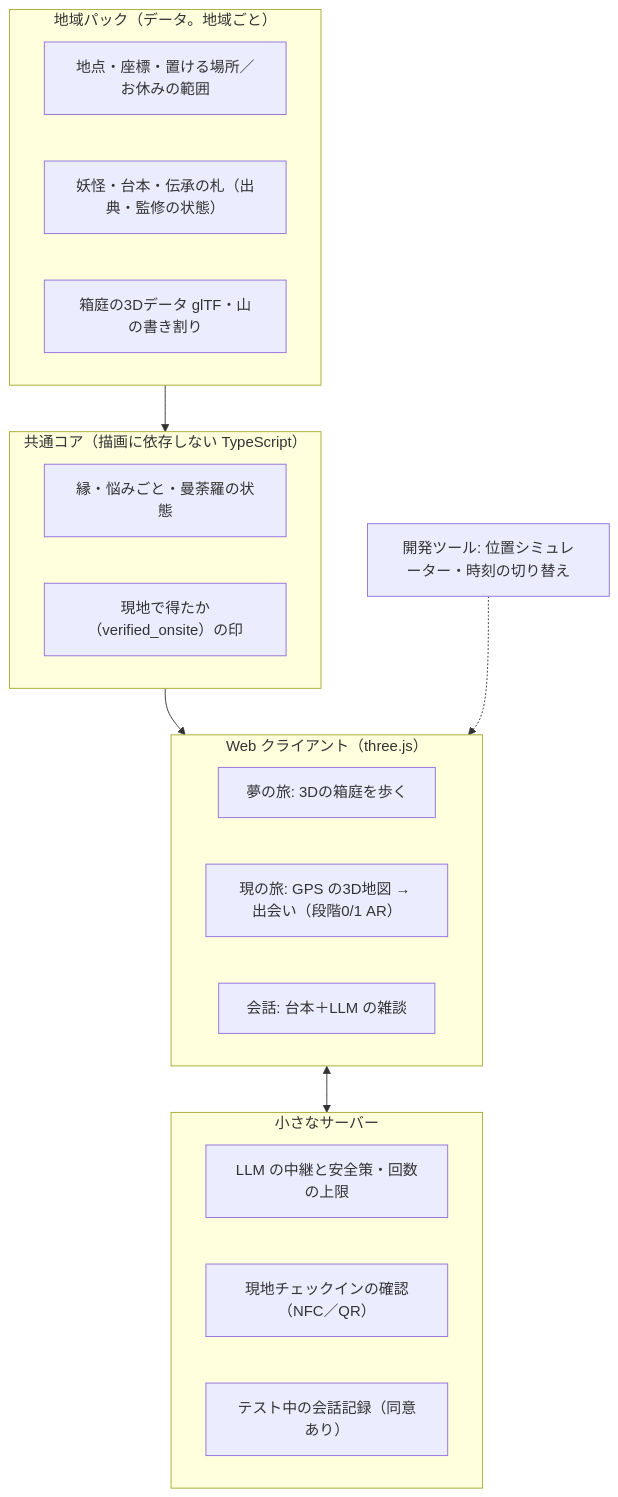
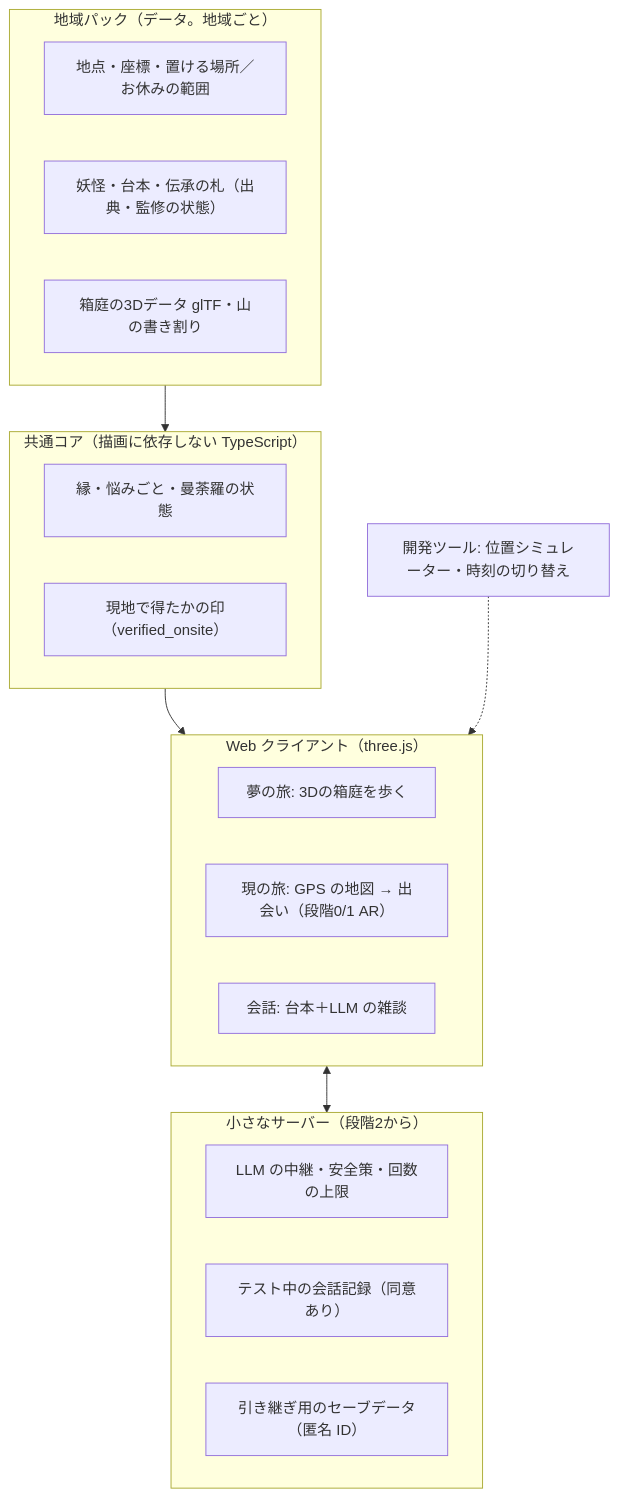
Before and after one commit to NPO-OpenCoralNetwork/ar-project: the diagram in docs/yokai-game/05-overview-and-roadmap.md, drawn with Mermaid. The commit also changed other lines of this file and 2 other files, not shown here.

First line of the commit message:
Revise overview/roadmap to v0.2 after independent review (scope, gates, schedule, doc diffs)

````diff
--- a/docs/yokai-game/05-overview-and-roadmap.md
+++ b/docs/yokai-game/05-overview-and-roadmap.md
@@ -74,26 +90,26 @@
 ```mermaid
 flowchart TB
   subgraph Pack["地域パック（データ。地域ごと）"]
     P1[地点・座標・置ける場所／お休みの範囲]
     P2[妖怪・台本・伝承の札（出典・監修の状態）]
     P3[箱庭の3Dデータ glTF・山の書き割り]
   end
   subgraph Core["共通コア（描画に依存しない TypeScript）"]
     C1[縁・悩みごと・曼荼羅の状態]
-    C2[現地で得たか（verified_onsite）の印]
+    C2[現地で得たかの印（verified_onsite）]
   end
   subgraph Client["Web クライアント（three.js）"]
     Y[夢の旅: 3Dの箱庭を歩く]
-    U[現の旅: GPS の3D地図 → 出会い（段階0/1 AR）]
+    U[現の旅: GPS の地図 → 出会い（段階0/1 AR）]
     T[会話: 台本＋LLM の雑談]
   end
-  subgraph Server["小さなサーバー"]
-    S1[LLM の中継と安全策・回数の上限]
-    S2[現地チェックインの確認（NFC／QR）]
-    S3[テスト中の会話記録（同意あり）]
+  subgraph Server["小さなサーバー（段階2から）"]
+    S1[LLM の中継・安全策・回数の上限]
+    S2[テスト中の会話記録（同意あり）]
+    S3[引き継ぎ用のセーブデータ（匿名 ID）]
   end
   Dev[開発ツール: 位置シミュレーター・時刻の切り替え]
   Pack --> Core --> Client
   Client <--> Server
   Dev -.-> Client
 ```
````
